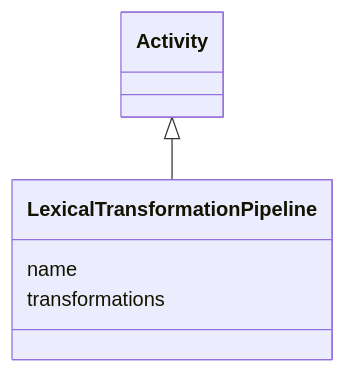
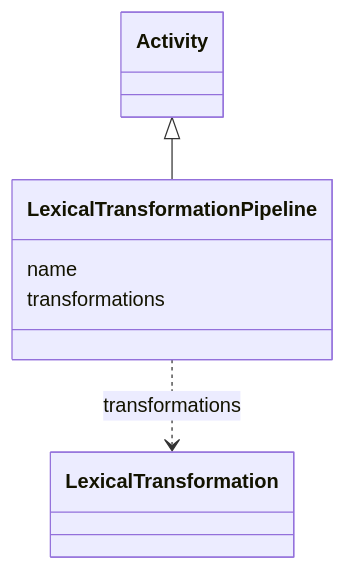
Before and after one commit to INCATools/ontology-access-kit: the diagram in lexical-index/LexicalTransformationPipeline.md, drawn with Mermaid. The commit also changed other lines of this file and 1783 other files, not shown here.

````diff
--- a/lexical-index/LexicalTransformationPipeline.md
+++ b/lexical-index/LexicalTransformationPipeline.md
@@ -11,9 +11,13 @@
 ```{mermaid}
  classDiagram
     class LexicalTransformationPipeline
       Activity <|-- LexicalTransformationPipeline
       
       LexicalTransformationPipeline : name
+        
       LexicalTransformationPipeline : transformations
+        
+          LexicalTransformationPipeline ..> LexicalTransformation : transformations
+        
       
 ```
````
